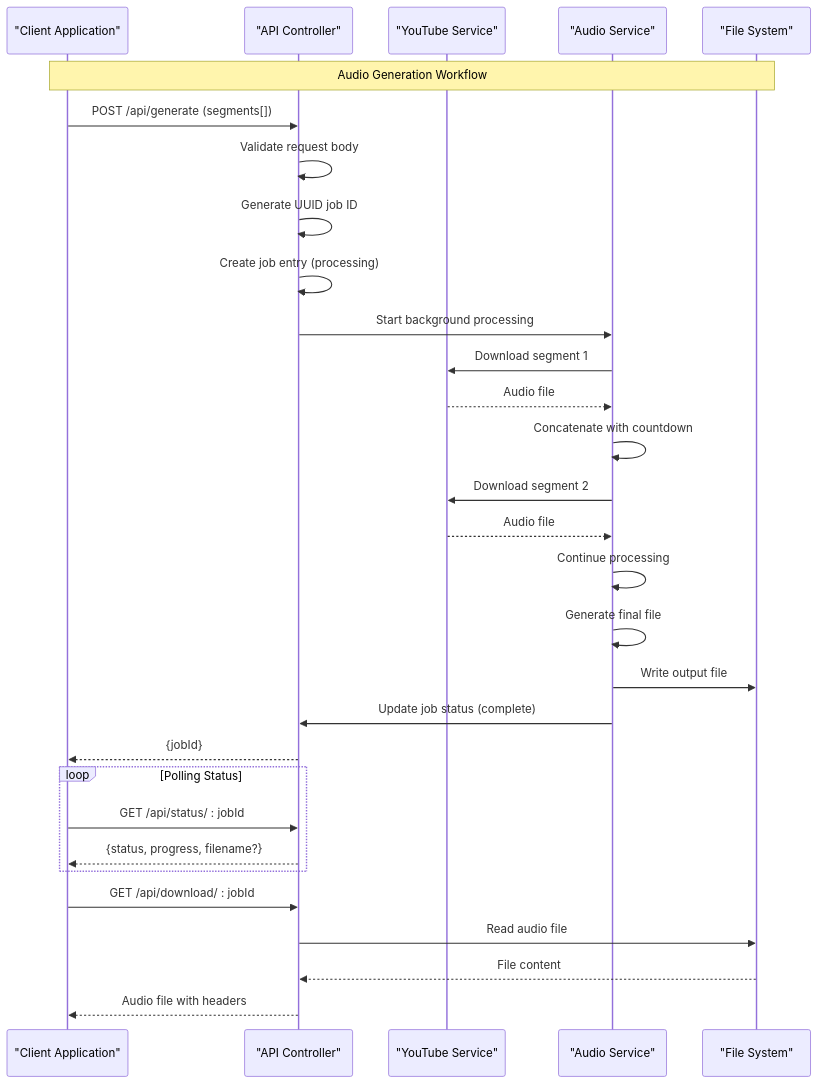
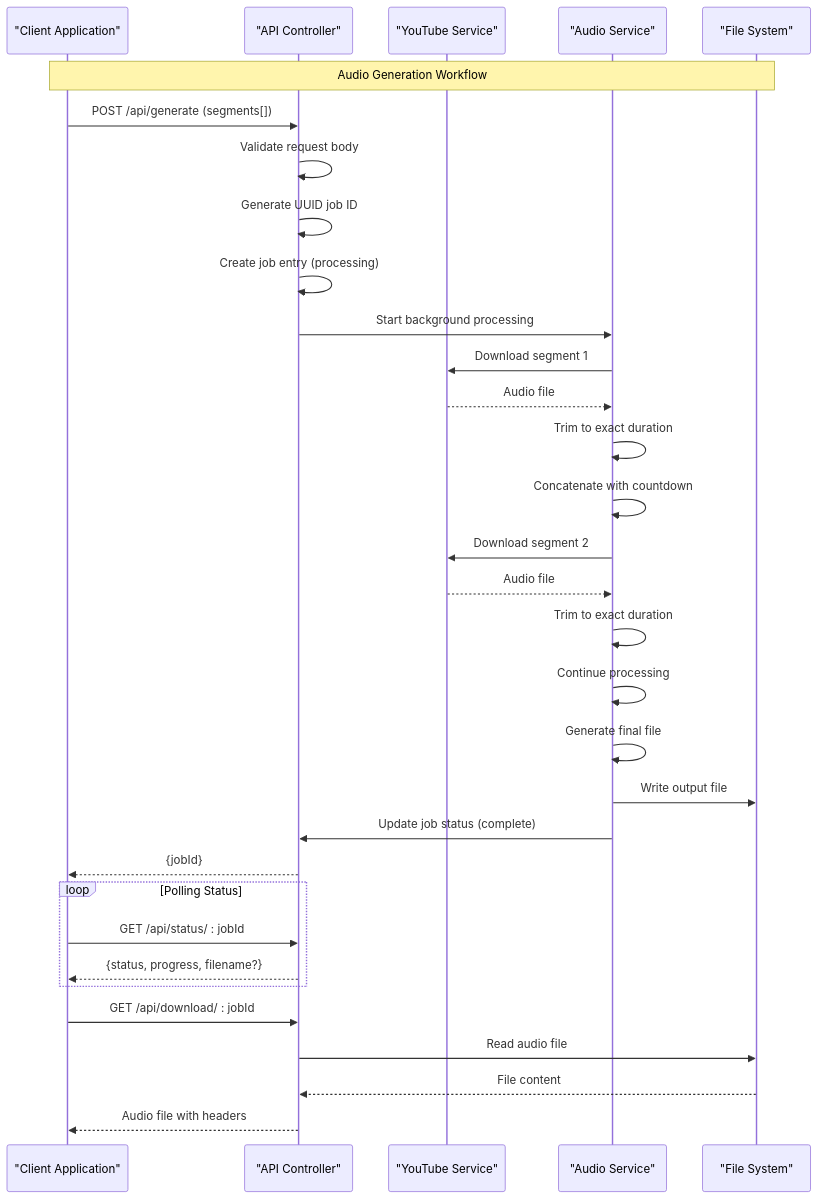
Before and after one commit to dkoukoul/kpop-random-dance-generator: the third of 5 diagrams in .qoder/repowiki/en/content/API Reference/Audio Generation API.md, drawn with Mermaid. The commit also changed other lines of this file and 6 other files, not shown here.

````diff
--- a/.qoder/repowiki/en/content/API Reference/Audio Generation API.md
+++ b/.qoder/repowiki/en/content/API Reference/Audio Generation API.md
@@ -123,32 +132,34 @@
 ```mermaid
 sequenceDiagram
 participant Client as "Client Application"
 participant API as "API Controller"
 participant YT as "YouTube Service"
 participant Audio as "Audio Service"
 participant FS as "File System"
 Note over Client,FS : Audio Generation Workflow
 Client->>API : POST /api/generate (segments[])
 API->>API : Validate request body
 API->>API : Generate UUID job ID
 API->>API : Create job entry (processing)
 API->>Audio : Start background processing
 Audio->>YT : Download segment 1
 YT-->>Audio : Audio file
+Audio->>Audio : Trim to exact duration
 Audio->>Audio : Concatenate with countdown
 Audio->>YT : Download segment 2
 YT-->>Audio : Audio file
+Audio->>Audio : Trim to exact duration
 Audio->>Audio : Continue processing
 Audio->>Audio : Generate final file
 Audio->>FS : Write output file
 Audio->>API : Update job status (complete)
 API-->>Client : {jobId}
 loop Polling Status
 Client->>API : GET /api/status/ : jobId
 API-->>Client : {status, progress, filename?}
 end
 Client->>API : GET /api/download/ : jobId
 API->>FS : Read audio file
 FS-->>API : File content
 API-->>Client : Audio file with headers
 ```
````
